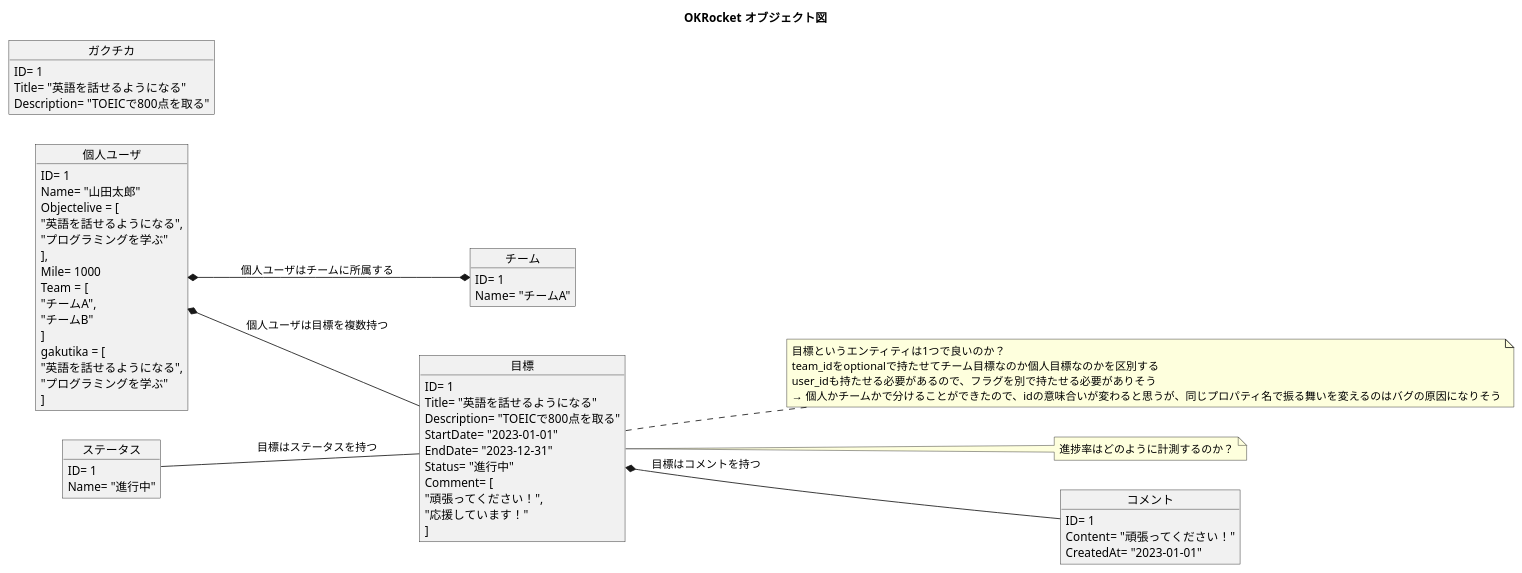
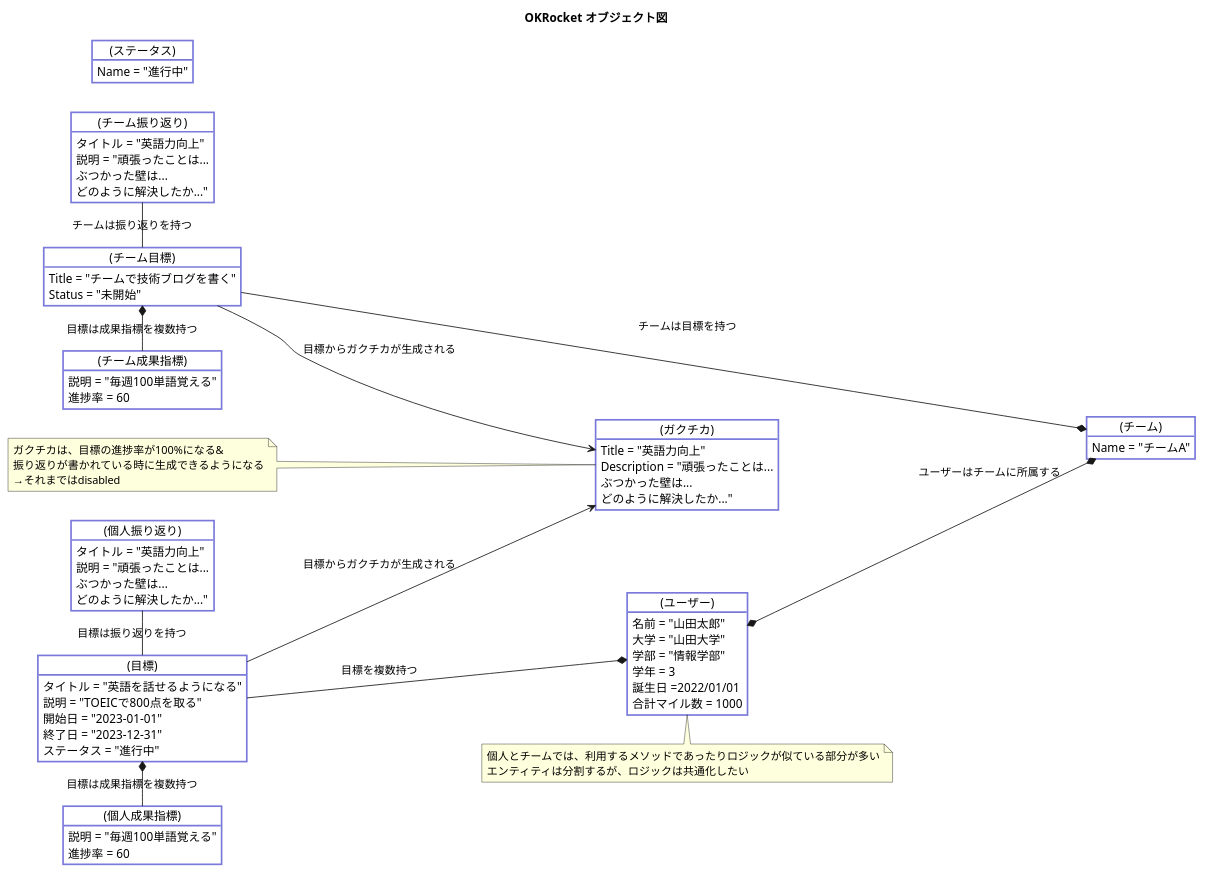
Before and after one commit to Yuma-Tsukakoshi/OKRocket: the diagram in docs/3-object/IndividualObjective.pu, drawn with PlantUML. The commit also changed 1 other file, not shown here.

Commit message:
add: オブジェクト図完成

```diff
--- a/docs/3-object/IndividualObjective.pu
+++ b/docs/3-object/IndividualObjective.pu
@@ -1,89 +1,92 @@
 @startuml
 title OKRocket オブジェクト図
 
 left to right direction
 
-skinparam usecase {
+skinparam object {
   BackgroundColor #ffffff
   BorderColor #7a7adb
   FontColor #000000
   BorderThickness 2
 }
-skinparam package {
-  BackgroundColor #ffffff
-  BorderColor #5941a9
+
+object "(ユーザー)" as User {
+  名前 = "山田太郎"
+  大学 = "山田大学"
+  学部 = "情報学部"
+  学年 = 3
+  誕生日 =2022/01/01
+  合計マイル数 = 1000
 }
 
-
-object "個人ユーザ" as User {
-  ID= 1
-  Name= "山田太郎"
-  Objectelive = [
-    "英語を話せるようになる",
-    "プログラミングを学ぶ"
-  ],
-  Mile= 1000
-  Team = [
-    "チームA",
-    "チームB"
-  ]
-  gakutika = [
-    "英語を話せるようになる",
-    "プログラミングを学ぶ"
-  ]
+object "(目標)" as Objective {
+  タイトル = "英語を話せるようになる"
+  説明 = "TOEICで800点を取る"
+  開始日 = "2023-01-01"
+  終了日 = "2023-12-31"
+  ステータス = "進行中"
 }
 
-object "目標" as Objective {
-  ID= 1
-  Title= "英語を話せるようになる"
-  Description= "TOEICで800点を取る"
-  StartDate= "2023-01-01"
-  EndDate= "2023-12-31"
-  Status= "進行中"
-  Comment= [
-    "頑張ってください！",
-    "応援しています！"
-  ]
+object "(個人成果指標)" as KeyResult {
+  説明 = "毎週100単語覚える"
+  進捗率 = 60
 }
-note right of Objective
-  目標というエンティティは1つで良いのか？
-  team_idをoptionalで持たせてチーム目標なのか個人目標なのかを区別する
-  user_idも持たせる必要があるので、フラグを別で持たせる必要がありそう
-  → 個人かチームかで分けることができたので、idの意味合いが変わると思うが、同じプロパティ名で振る舞いを変えるのはバグの原因になりそう
+
+object "(チーム成果指標)" as TeamKeyResult {
+  説明 = "毎週100単語覚える"
+  進捗率 = 60
+}
+
+object "(個人振り返り)" as Reflection {
+  タイトル = "英語力向上"
+  説明 = "頑張ったことは...\nぶつかった壁は...\nどのように解決したか..."
+}
+object "(チーム振り返り)" as TeamReflection {
+  タイトル = "英語力向上"
+  説明 = "頑張ったことは...\nぶつかった壁は...\nどのように解決したか..."
+}
+
+object "(ガクチカ)" as Gakutika {
+  Title = "英語力向上"
+  Description = "頑張ったことは...\nぶつかった壁は...\nどのように解決したか..."
+}
+note left of Gakutika
+  ガクチカは、目標の進捗率が100%になる&
+  振り返りが書かれている時に生成できるようになる
+  →それまではdisabled
 end note
 
-note right of Objective
-  進捗率はどのように計測するのか？
-end note
 
-object "コメント" as Comment {
-  ID= 1
-  Content= "頑張ってください！"
-  CreatedAt= "2023-01-01"
+object "(チーム)" as Team {
+  Name = "チームA"
 }
 
-object "ステータス" as Status {
-  ID= 1
-  Name= "進行中"
+object "(チーム目標)" as TeamObjective {
+  Title = "チームで技術ブログを書く"
+  Status = "未開始"
 }
 
-object "チーム" as Team {
-  ID= 1
-  Name= "チームA"
+object "(ステータス)" as Status {
+  Name = "進行中"
 }
 
-object "ガクチカ" as Gakutika {
-  ID= 1
-  Title= "英語を話せるようになる"
-  Description= "TOEICで800点を取る"
-}
+User *-up- Objective : "目標を複数持つ"
+Objective *- KeyResult : "目標は成果指標を複数持つ"
+Objective -left- Reflection : "目標は振り返りを持つ"
+
+Objective --> Gakutika : "目標からガクチカが生成される"
+TeamObjective --> Gakutika : "目標からガクチカが生成される"
+
+User *--* Team : "ユーザーはチームに所属する"
+TeamObjective *-  TeamKeyResult : "目標は成果指標を複数持つ"
+TeamObjective -* Team : "チームは目標を持つ"
+TeamObjective -left- TeamReflection : "チームは振り返りを持つ"
 
 
-
-User *-- Objective : "個人ユーザは目標を複数持つ"
-Status -down- Objective : "目標はステータスを持つ"
-User *--* Team : "個人ユーザはチームに所属する"
-Objective *-- Comment : "目標はコメントを持つ"
+note bottom of User
+  個人とチームでは、利用するメソッドであったりロジックが似ている部分が多い
+  エンティティは分割するが、ロジックは共通化したい
+end note
 
 
 @enduml
```
